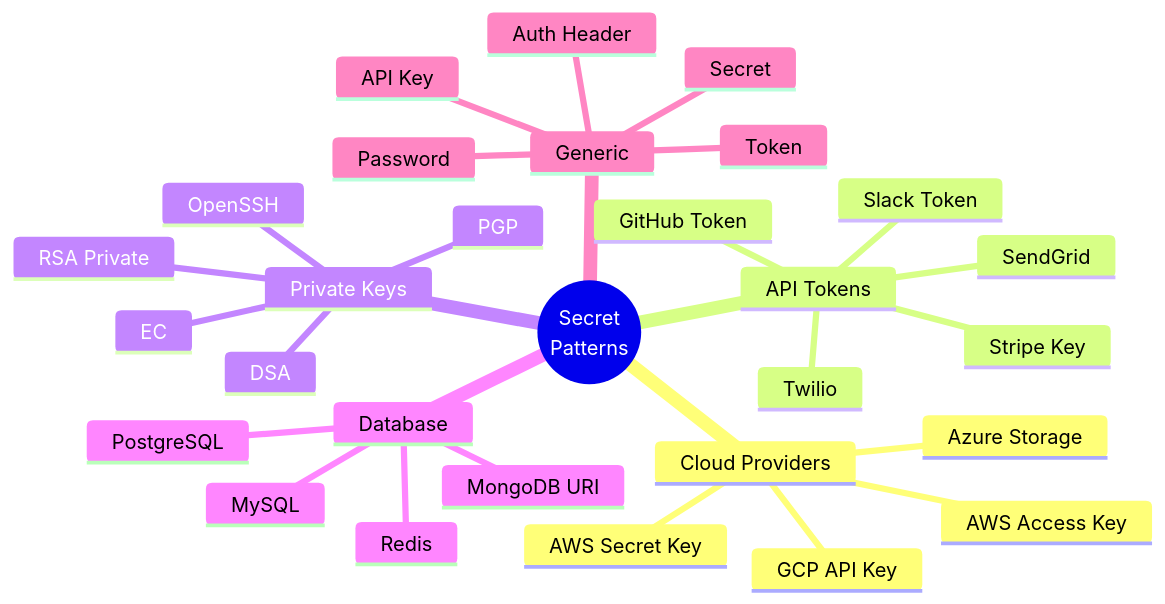
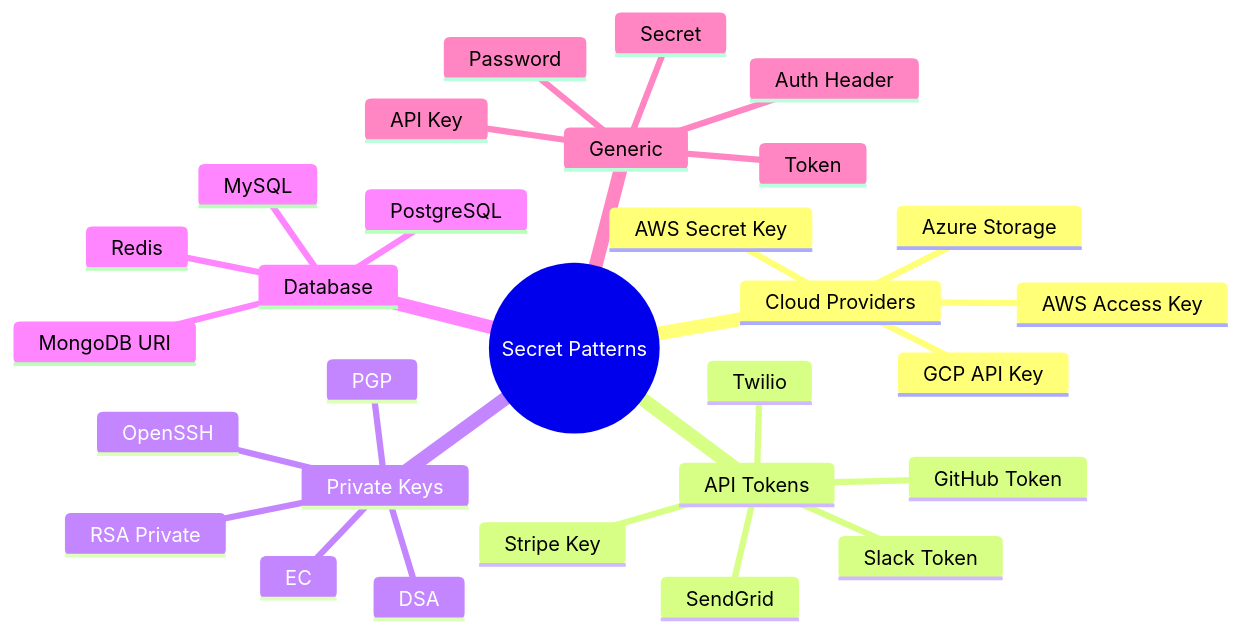
The fourth of 18 diagrams in architecture/LLD.md (alamshoaib134/git-secret-scanner), drawn with Mermaid before and after one commit. The commit also changed other lines of this file and 1 other file, not shown here.

First line of the commit message:
Fix Mermaid syntax errors in architecture diagrams

````diff
--- a/architecture/LLD.md
+++ b/architecture/LLD.md
@@ -115,32 +110,32 @@
 ```mermaid
 mindmap
-  root((Secret<br/>Patterns))
+  root((Secret Patterns))
     Cloud Providers
       AWS Access Key
       AWS Secret Key
       Azure Storage
       GCP API Key
     API Tokens
       GitHub Token
       Slack Token
       Stripe Key
       SendGrid
       Twilio
     Private Keys
       RSA Private
       OpenSSH
       DSA
       EC
       PGP
     Database
       MongoDB URI
       PostgreSQL
       MySQL
       Redis
     Generic
       Password
       API Key
       Secret
       Token
       Auth Header
 ```
````
